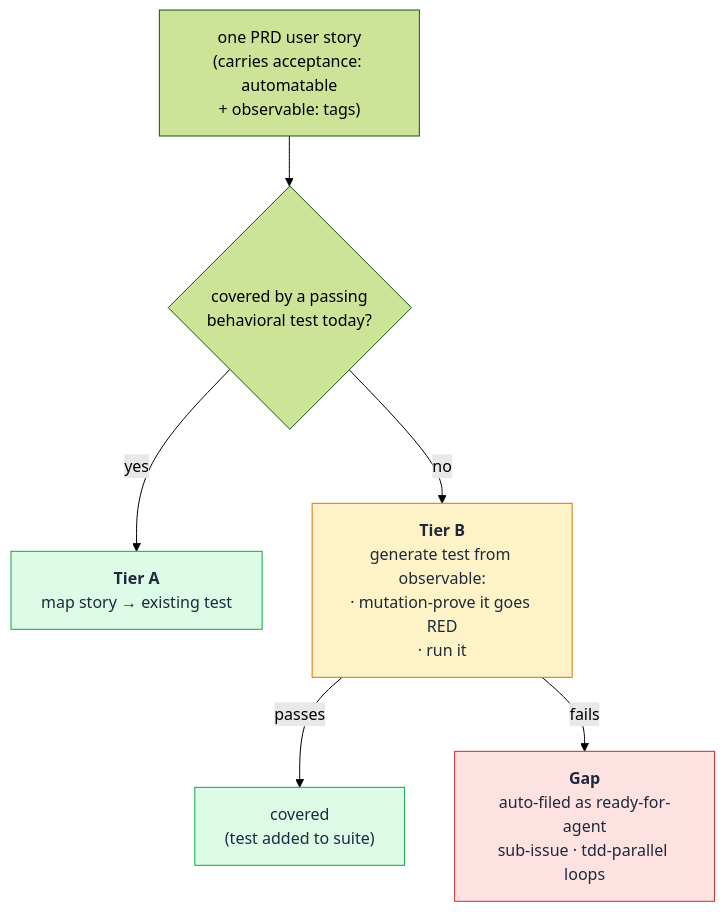
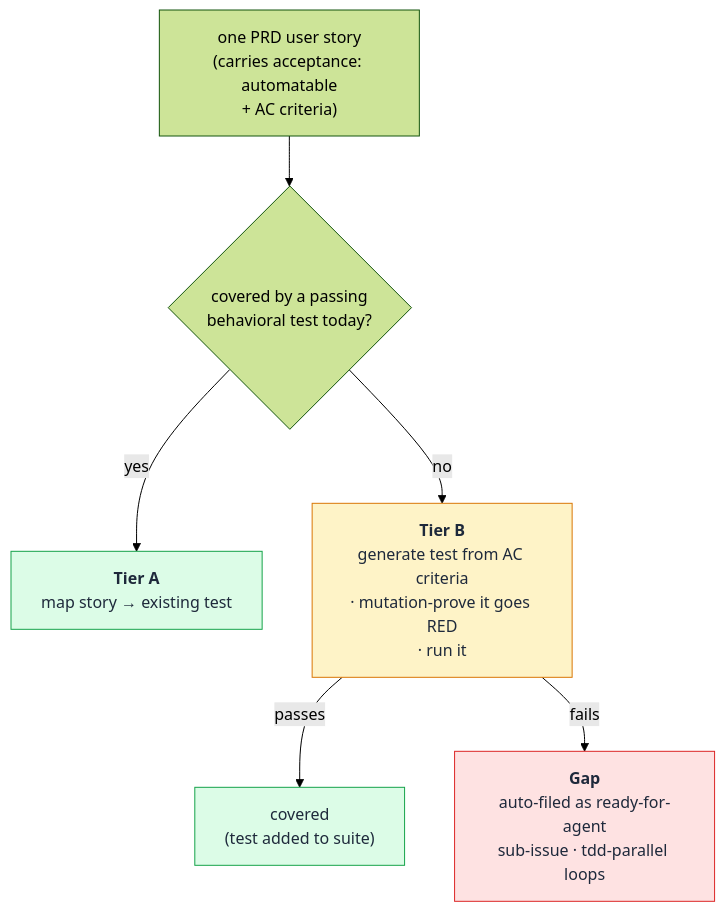
The seventh of 9 diagrams in docs/workflow.md (ZunoSmartLabs/zsl-superpowers), drawn with Mermaid (forest theme) before and after one commit. The commit also changed other lines of this file and 12 other files, not shown here.

First line of the commit message:
release(1.4.0): split PRD user stories into value-level stories + AC criteria

````diff
--- a/docs/workflow.md
+++ b/docs/workflow.md
@@ -197,12 +197,12 @@
 ```mermaid
 flowchart TB
-    story["one PRD user story<br/>(carries acceptance: automatable<br/>+ observable: tags)"] --> q{"covered by a passing<br/>behavioral test today?"}
+    story["one PRD user story<br/>(carries acceptance: automatable<br/>+ AC criteria)"] --> q{"covered by a passing<br/>behavioral test today?"}
     q -->|"yes"| ta["`**Tier A**<br/>map story → existing test`"]:::good
-    q -->|"no"| tb["`**Tier B**<br/>generate test from observable:<br/>· mutation-prove it goes RED<br/>· run it`"]:::ok
+    q -->|"no"| tb["`**Tier B**<br/>generate test from AC criteria<br/>· mutation-prove it goes RED<br/>· run it`"]:::ok
     tb -->|"passes"| tba["covered<br/>(test added to suite)"]:::good
     tb -->|"fails"| gap["`**Gap**<br/>auto-filed as ready-for-agent<br/>sub-issue · tdd-parallel loops`"]:::bad
 
     classDef good fill:#dcfce7,stroke:#16a34a,color:#1e293b;
     classDef ok fill:#fef3c7,stroke:#d97706,color:#1e293b;
     classDef bad fill:#fee2e2,stroke:#dc2626,color:#1e293b;
 ```
````
